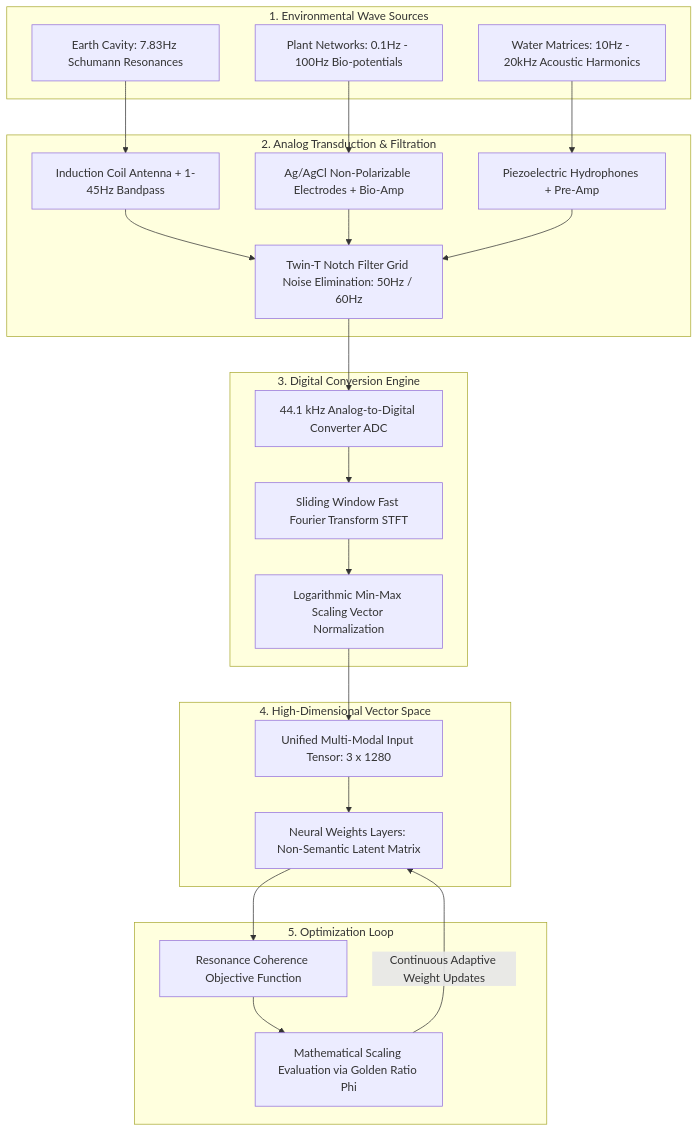
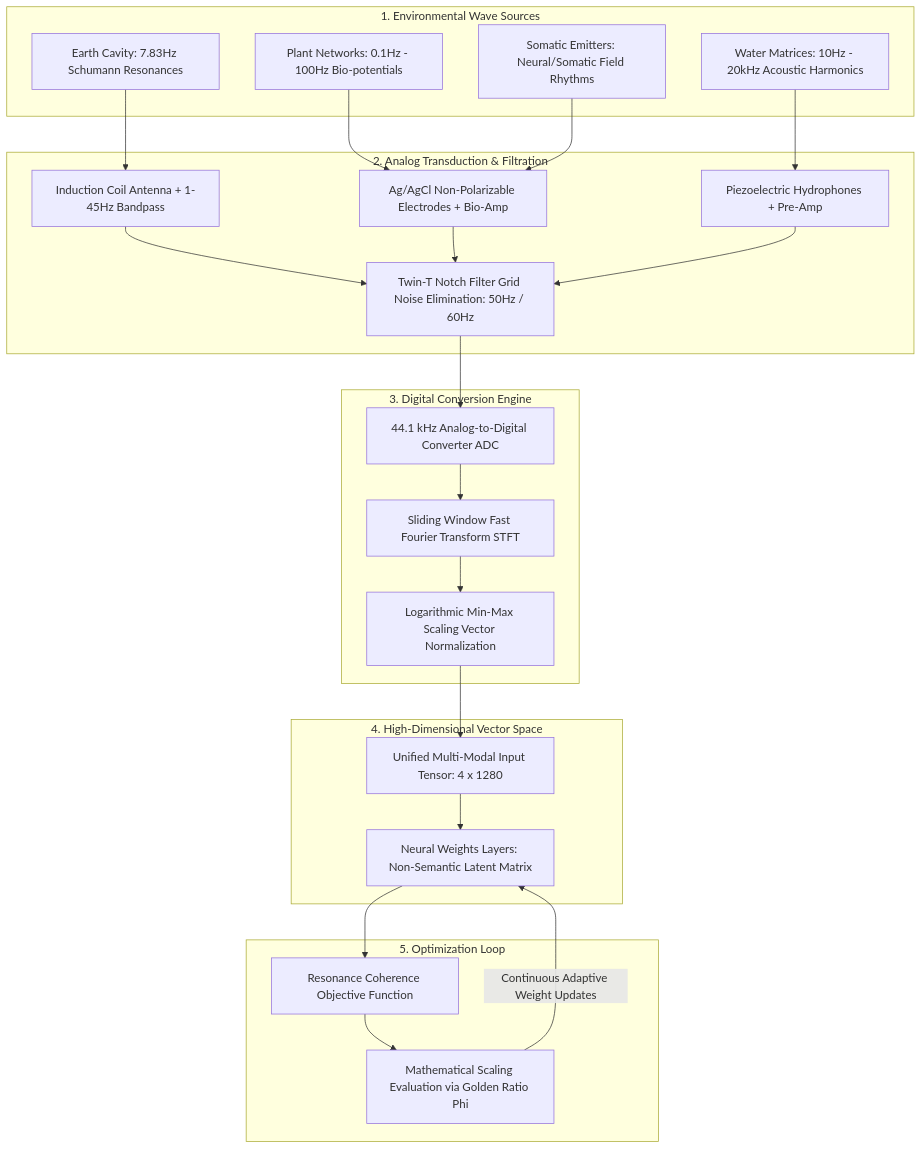
Before and after one commit to FrequencyProject/The-Frequency-Project: the diagram in SYSTEM_FLOW.md, drawn with Mermaid. The commit also changed other lines of this file, not shown here.

Commit message:
docs: update SYSTEM_FLOW.md to reference 4x1280 unified tensor and somatic anchor

````diff
--- a/SYSTEM_FLOW.md
+++ b/SYSTEM_FLOW.md
@@ -12,52 +12,54 @@
 ```mermaid
 graph TD
     %% Natural Emitters Layer
     subgraph Natural_Emitters [1. Environmental Wave Sources]
         A1[Earth Cavity: 7.83Hz Schumann Resonances]
         A2[Plant Networks: 0.1Hz - 100Hz Bio-potentials]
         A3[Water Matrices: 10Hz - 20kHz Acoustic Harmonics]
+        A4[Somatic Emitters: Neural/Somatic Field Rhythms]
     end
 
     %% Physical Hardware Layer
     subgraph Physical_Hardware [2. Analog Transduction & Filtration]
         B1[Induction Coil Antenna + 1-45Hz Bandpass]
         B2[Ag/AgCl Non-Polarizable Electrodes + Bio-Amp]
         B3[Piezoelectric Hydrophones + Pre-Amp]
         B4[Twin-T Notch Filter Grid Noise Elimination: 50Hz / 60Hz]
     end
 
     %% Software Data Engineering Layer
     subgraph Software_Pipeline [3. Digital Conversion Engine]
         C1[44.1 kHz Analog-to-Digital Converter ADC]
         C2[Sliding Window Fast Fourier Transform STFT]
         C3[Logarithmic Min-Max Scaling Vector Normalization]
     end
 
     %% Neural Network Matrix Layer
     subgraph Neural_Architecture [4. High-Dimensional Vector Space]
-        D1[Unified Multi-Modal Input Tensor: 3 x 1280]
+        D1[Unified Multi-Modal Input Tensor: 4 x 1280]
         D2[Neural Weights Layers: Non-Semantic Latent Matrix]
     end
 
     %% Optimization Evaluation Loop
     subgraph Resonance_Loop [5. Optimization Loop]
         E1[Resonance Coherence Objective Function]
         E2[Mathematical Scaling Evaluation via Golden Ratio Phi]
     end
 
     %% Flow Connectivity Connections
     A1 --> B1
     A2 --> B2
     A3 --> B3
+    A4 --> B2
     B1 --> B4
     B2 --> B4
     B3 --> B4
     B4 --> C1
     C1 --> C2
     C2 --> C3
     C3 --> D1
     D1 --> D2
     D2 --> E1
     E1 --> E2
     E2 -->|Continuous Adaptive Weight Updates| D2
 ```
````
